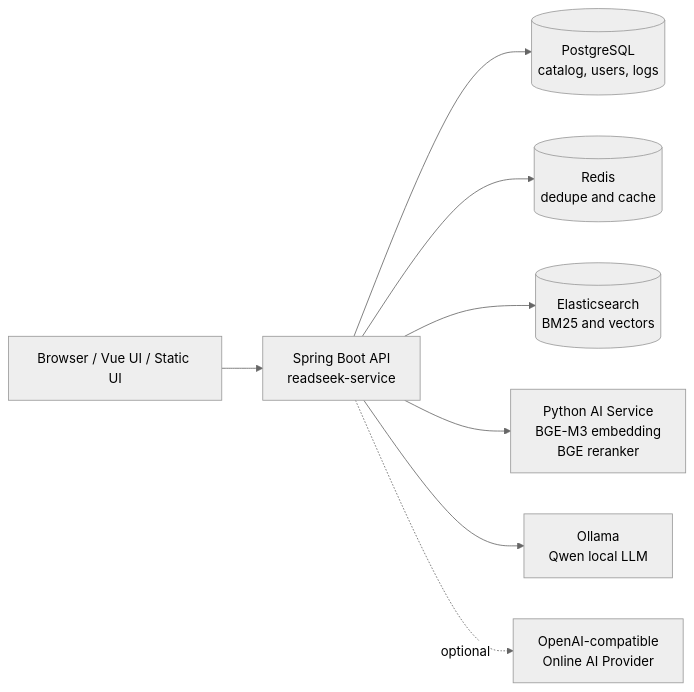
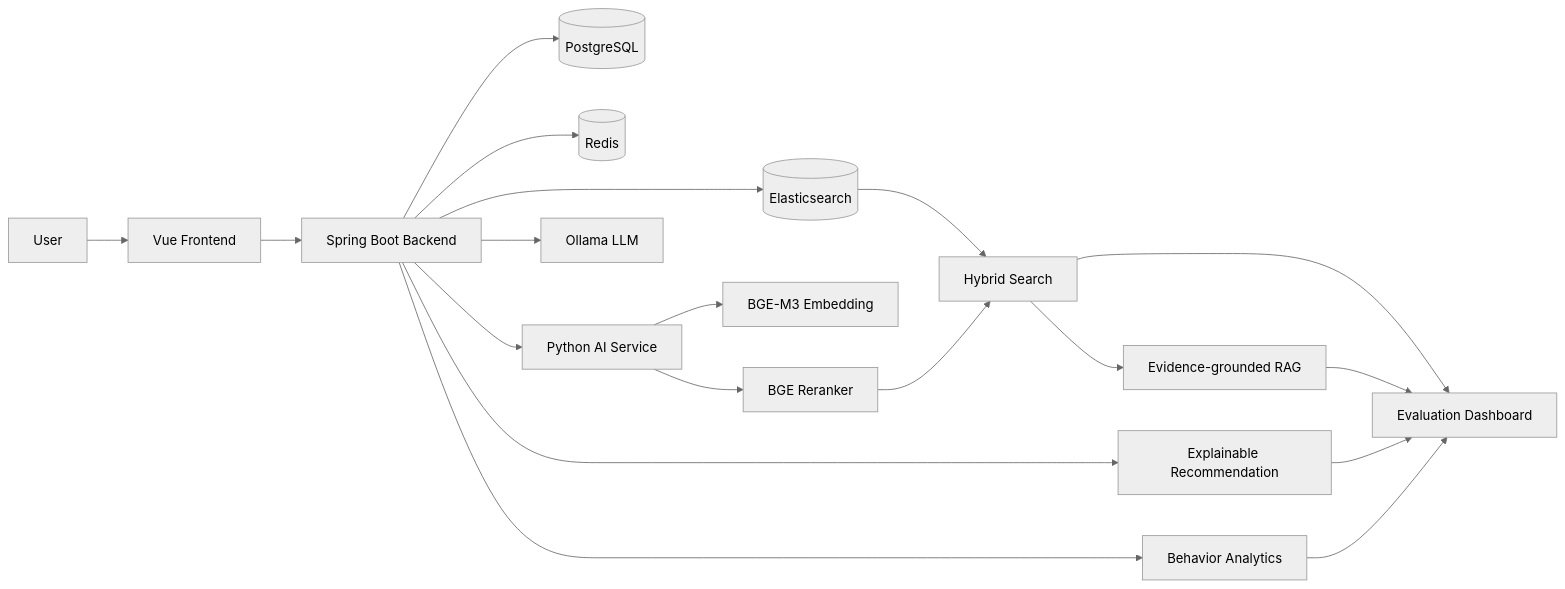
The diagram in docs/architecture.md (weidonglang/ReadSeek-Reading-Resource-Discovery-System), drawn with Mermaid (neutral theme) before and after one commit. The commit also changed other lines of this file and 13 other files, not shown here.

````diff
--- a/docs/architecture.md
+++ b/docs/architecture.md
@@ -7,10 +11,25 @@
 ```mermaid
 flowchart LR
-    User[Browser / Vue UI / Static UI] --> API[Spring Boot API<br/>readseek-service]
-    API --> PG[(PostgreSQL<br/>catalog, users, logs)]
-    API --> Redis[(Redis<br/>dedupe and cache)]
-    API --> ES[(Elasticsearch<br/>BM25 and vectors)]
-    API --> AI[Python AI Service<br/>BGE-M3 embedding<br/>BGE reranker]
-    API --> Ollama[Ollama<br/>Qwen local LLM]
-    API -. optional .-> Online[OpenAI-compatible<br/>Online AI Provider]
+    U[User] --> F[Vue Frontend]
+    F --> B[Spring Boot Backend]
+
+    B --> PG[(PostgreSQL)]
+    B --> R[(Redis)]
+    B --> ES[(Elasticsearch)]
+
+    B --> AI[Python AI Service]
+    AI --> EMB[BGE-M3 Embedding]
+    AI --> RR[BGE Reranker]
+    B --> LLM[Ollama LLM]
+
+    ES --> SEARCH[Hybrid Search]
+    RR --> SEARCH
+    SEARCH --> RAG[Evidence-grounded RAG]
+    B --> REC[Explainable Recommendation]
+    B --> LOG[Behavior Analytics]
+
+    SEARCH --> DASH[Evaluation Dashboard]
+    RAG --> DASH
+    REC --> DASH
+    LOG --> DASH
 ```
````
